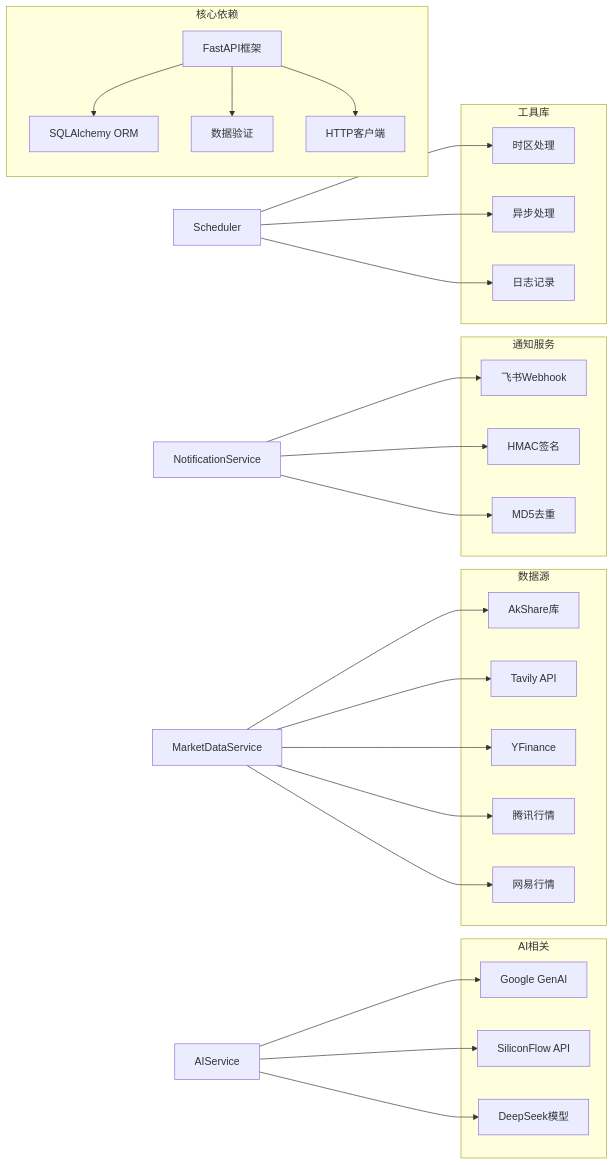
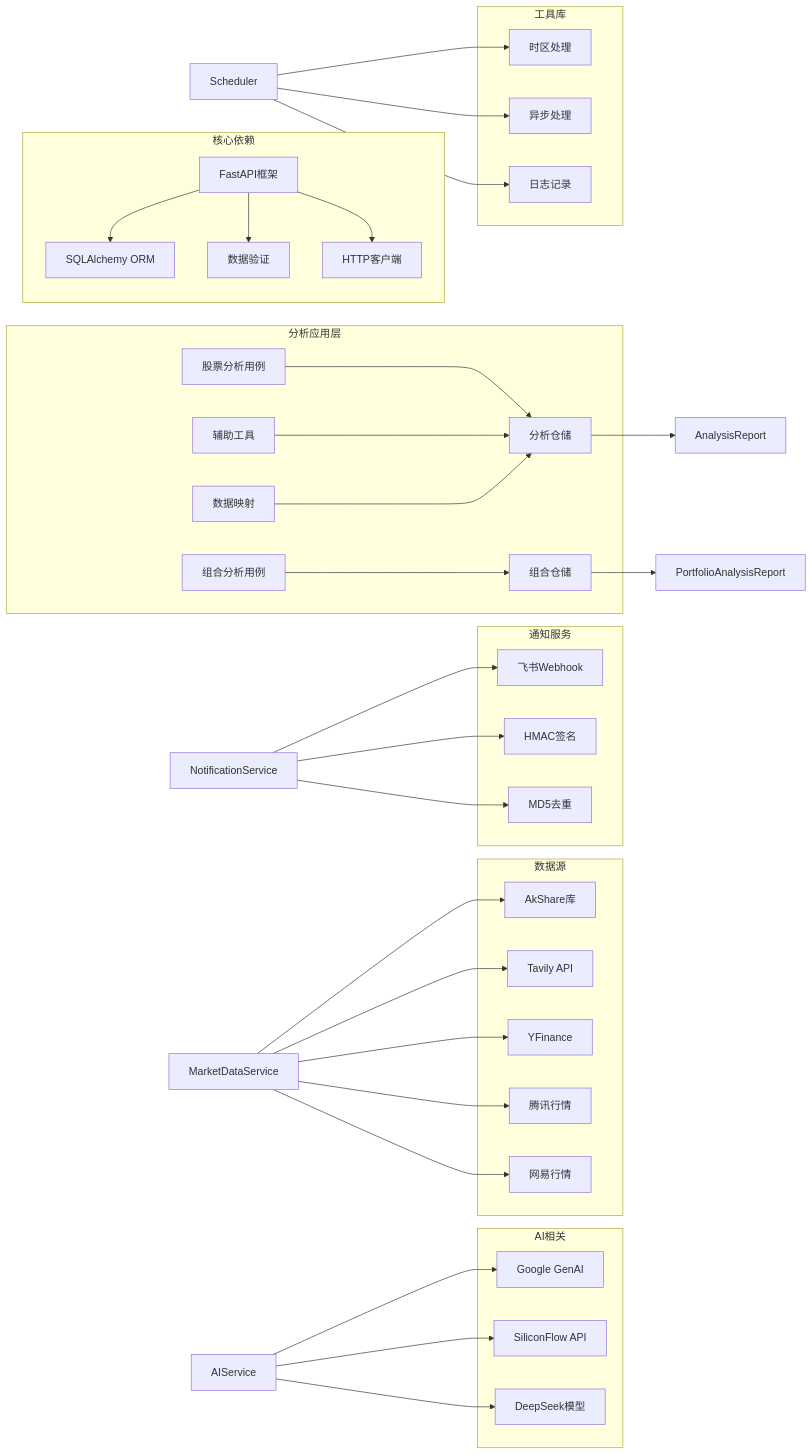
Diagram 12 of 12 in .qoder/repowiki/zh/content/Enhanced Ai Analysis Service.md (breeze-lyf/ai-stock-advisor), drawn with Mermaid before and after one commit. The commit also changed other lines of this file and 43 other files, not shown here.

````diff
--- a/.qoder/repowiki/zh/content/Enhanced Ai Analysis Service.md
+++ b/.qoder/repowiki/zh/content/Enhanced Ai Analysis Service.md
@@ -380,48 +619,62 @@
 ```mermaid
 graph LR
 subgraph "核心依赖"
 FastAPI[FastAPI框架]
 SQLAlchemy[SQLAlchemy ORM]
 Pydantic[数据验证]
 HTTPX[HTTP客户端]
 end
 subgraph "AI相关"
 Gemini[Google GenAI]
 SiliconFlow[SiliconFlow API]
 DeepSeek[DeepSeek模型]
 end
 subgraph "数据源"
 AkShare[AkShare库]
 Tavily[Tavily API]
 YFinance[YFinance]
 Tencent[腾讯行情]
 NetEase[网易行情]
 end
 subgraph "通知服务"
 Feishu[飞书Webhook]
 HMAC[HMAC签名]
 MD5[MD5去重]
 end
+subgraph "分析应用层"
+AnalyzeStockUseCase[股票分析用例]
+AnalyzePortfolioUseCase[组合分析用例]
+AnalysisRepository[分析仓储]
+PortfolioRepository[组合仓储]
+Helpers[辅助工具]
+Mappers[数据映射]
+end
 subgraph "工具库"
 Pytz[时区处理]
 Asyncio[异步处理]
 Logging[日志记录]
 end
 FastAPI --> SQLAlchemy
 FastAPI --> Pydantic
 FastAPI --> HTTPX
 AIService --> Gemini
 AIService --> SiliconFlow
 AIService --> DeepSeek
 MarketDataService --> AkShare
 MarketDataService --> Tavily
 MarketDataService --> YFinance
 MarketDataService --> Tencent
 MarketDataService --> NetEase
 NotificationService --> Feishu
 NotificationService --> HMAC
 NotificationService --> MD5
+AnalyzeStockUseCase --> AnalysisRepository
+AnalyzePortfolioUseCase --> PortfolioRepository
+AnalysisRepository --> AnalysisReport
+PortfolioRepository --> PortfolioAnalysisReport
+Helpers --> AnalysisRepository
+Mappers --> AnalysisRepository
 Scheduler --> Pytz
 Scheduler --> Asyncio
 Scheduler --> Logging
 ```
````
